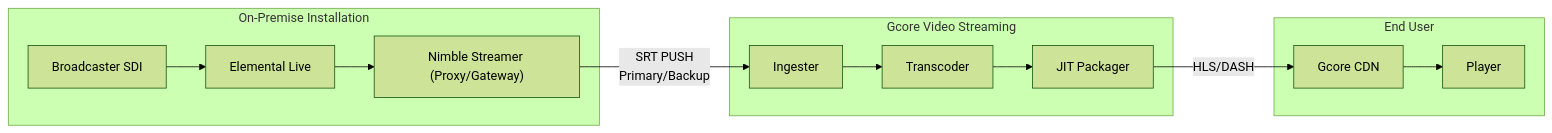
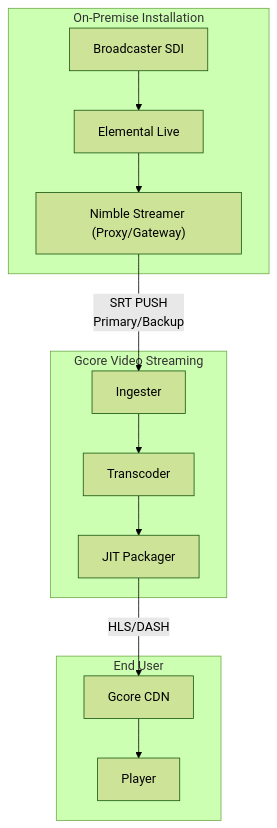
Before and after one commit to G-Core/product-documentation: the first of 2 diagrams in streaming/faq/case-study-hot-swapping-elemental.mdx, drawn with Mermaid (forest theme). The commit also changed 3 other files, not shown here.

````diff
--- a/streaming/faq/case-study-hot-swapping-elemental.mdx
+++ b/streaming/faq/case-study-hot-swapping-elemental.mdx
@@ -19,18 +19,18 @@
 ```mermaid
-graph LR
+graph TD
     subgraph "On-Premise Installation"
     A["Broadcaster SDI"] --> B["Elemental Live"]
     B --> C["Nimble Streamer (Proxy/Gateway)"]
     end
     
     subgraph "Gcore Video Streaming"
     C -- "SRT PUSH<br/>Primary/Backup" --> D["Ingester"]
     D --> E["Transcoder"]
     E --> F["JIT Packager"]
     end
     
     subgraph "End User"
     F -- HLS/DASH --> G["Gcore CDN"]
     G --> H["Player"]
     end
 ```
````
